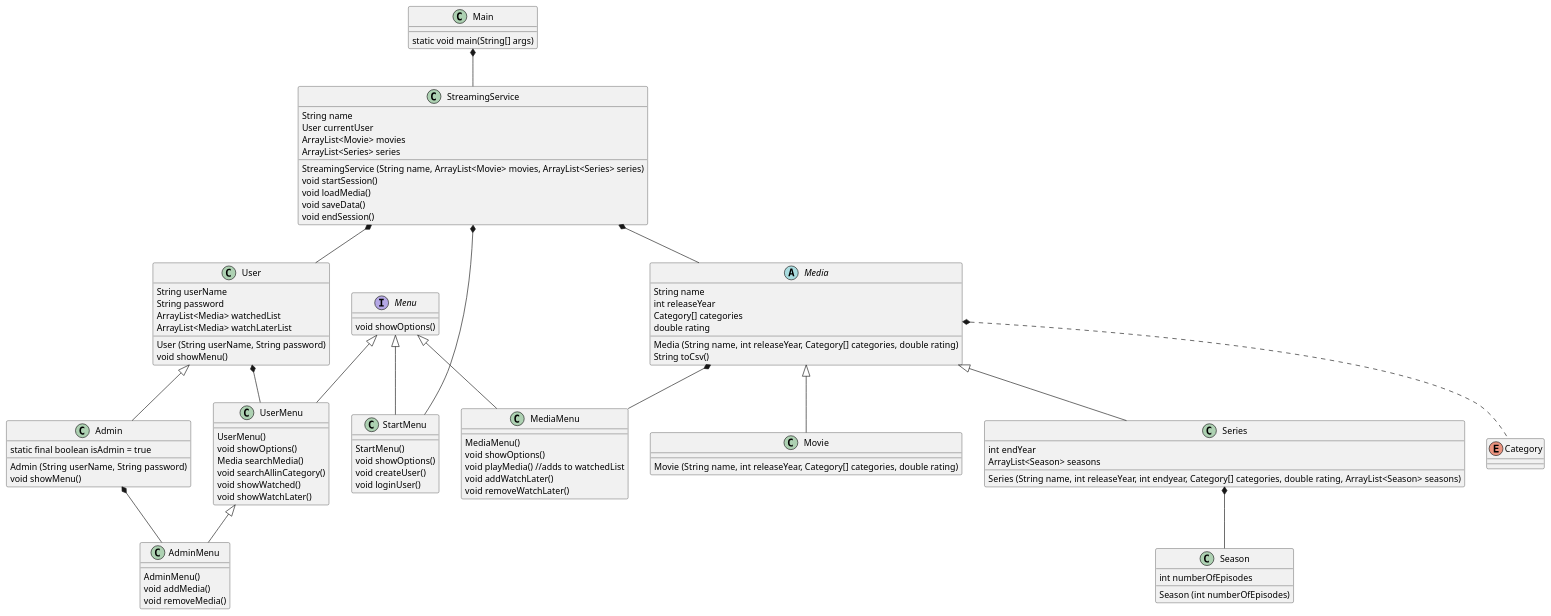
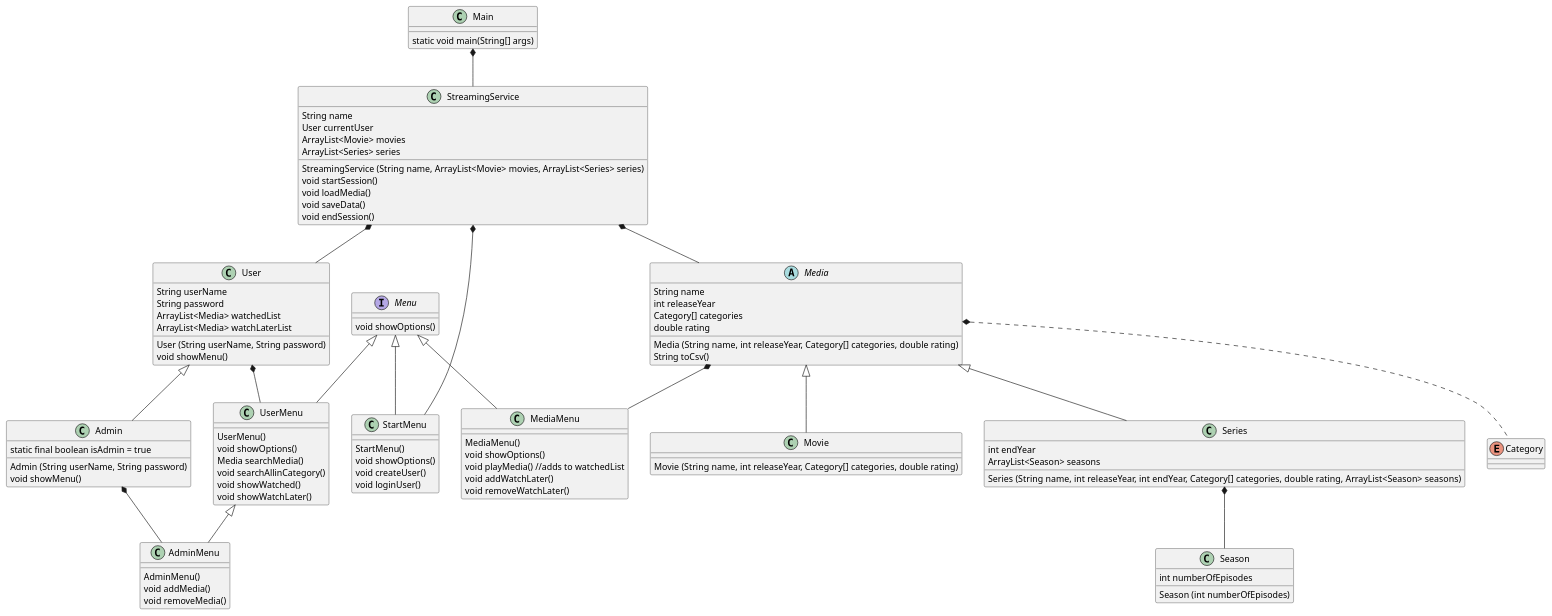
Before and after one commit to Magnus128/SP3-gruppe-E: the diagram in doc/classDiagram.puml, drawn with PlantUML.

Commit message:
klassediagram

```diff
--- a/doc/classDiagram.puml
+++ b/doc/classDiagram.puml
@@ -1,111 +1,111 @@
 @startuml
 'https://plantuml.com/class-diagram
 
 class Main{
     static void main(String[] args)
 }
 
 class StreamingService {
     String name
     User currentUser
     ArrayList<Movie> movies
     ArrayList<Series> series
     StreamingService (String name, ArrayList<Movie> movies, ArrayList<Series> series)
     void startSession()
     void loadMedia()
     void saveData()
     void endSession()
 }
 
 class User {
     String userName
     String password
     ArrayList<Media> watchedList
     ArrayList<Media> watchLaterList
     User (String userName, String password)
     void showMenu()
 }
 
 class Admin {
     static final boolean isAdmin = true
     Admin (String userName, String password)
     void showMenu()
 }
 
 abstract class Media{
     String name
     int releaseYear
     Category[] categories
     double rating
     Media (String name, int releaseYear, Category[] categories, double rating)
     String toCsv()
 }
 
 class Movie{
     Movie (String name, int releaseYear, Category[] categories, double rating)
 }
 
 class Series{
     int endYear
     ArrayList<Season> seasons
-    Series (String name, int releaseYear, int endyear, Category[] categories, double rating, ArrayList<Season> seasons)
+    Series (String name, int releaseYear, int endYear, Category[] categories, double rating, ArrayList<Season> seasons)
 }
 
 enum Category
 
 class Season{
     int numberOfEpisodes
     Season (int numberOfEpisodes)
 }
 
 interface Menu{
     void showOptions()
 }
 
 class UserMenu {
     UserMenu()
     void showOptions()
     Media searchMedia()
     void searchAllinCategory()
     void showWatched()
     void showWatchLater()
 }
 
 class StartMenu{
     StartMenu()
     void showOptions()
     void createUser()
     void loginUser()
 }
 
 class AdminMenu {
     AdminMenu()
     void addMedia()
     void removeMedia()
 }
 
 class MediaMenu {
     MediaMenu()
     void showOptions()
     void playMedia() //adds to watchedList
     void addWatchLater()
     void removeWatchLater()
 }
 
 Main *-- StreamingService
 StreamingService *-- User
 StreamingService *-- StartMenu
 StreamingService *-- Media
 Menu <|-- UserMenu
 Menu <|-- StartMenu
 Menu <|-- MediaMenu
 User <|-- Admin
 User *-- UserMenu
 Admin *-- AdminMenu
 UserMenu <|-- AdminMenu
 Media *-- MediaMenu
 Media <|-- Movie
 Media <|-- Series
 Media *.. Category
 Series *-- Season
 @enduml
```
